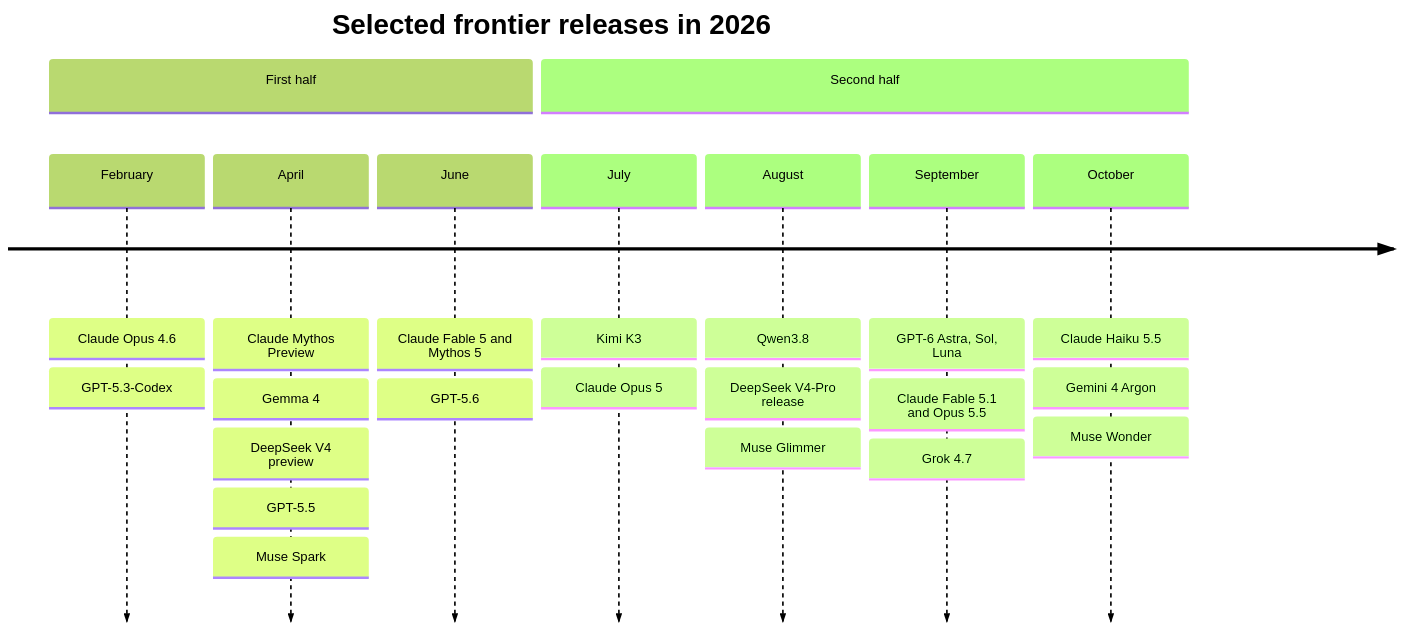
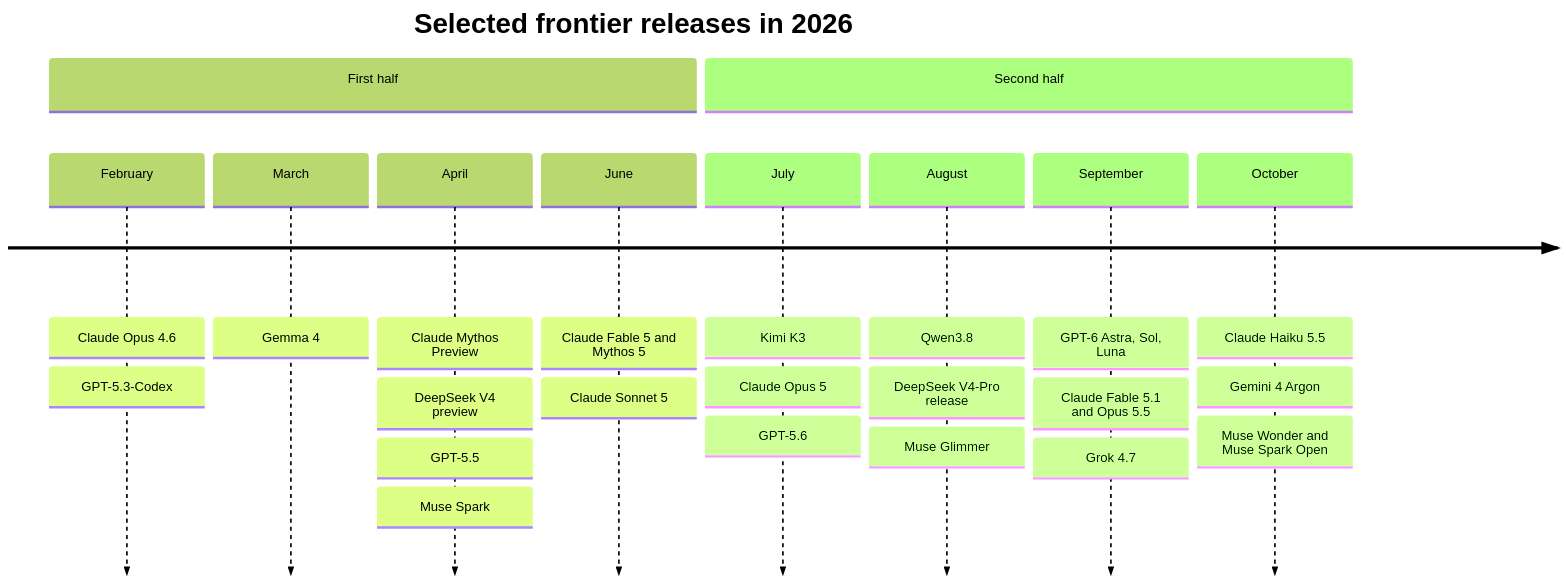
The fifth of 8 diagrams in ai-book/chapters/24-model-landscape-benchmarks.md (mcichael1-eng/Leash-Holder-2), drawn with Mermaid (forest theme) before and after one commit. The commit also changed other lines of this file and 71 other files, not shown here.

````diff
--- a/ai-book/chapters/24-model-landscape-benchmarks.md
+++ b/ai-book/chapters/24-model-landscape-benchmarks.md
@@ -557,13 +558,14 @@
 ```mermaid
 timeline
     title Selected frontier releases in 2026
     section First half
         February : Claude Opus 4.6 : GPT-5.3-Codex
-        April : Claude Mythos Preview : Gemma 4 : DeepSeek V4 preview : GPT-5.5 : Muse Spark
-        June : Claude Fable 5 and Mythos 5 : GPT-5.6
+        March : Gemma 4
+        April : Claude Mythos Preview : DeepSeek V4 preview : GPT-5.5 : Muse Spark
+        June : Claude Fable 5 and Mythos 5 : Claude Sonnet 5
     section Second half
-        July : Kimi K3 : Claude Opus 5
+        July : Kimi K3 : Claude Opus 5 : GPT-5.6
         August : Qwen3.8 : DeepSeek V4-Pro release : Muse Glimmer
         September : GPT-6 Astra, Sol, Luna : Claude Fable 5.1 and Opus 5.5 : Grok 4.7
-        October : Claude Haiku 5.5 : Gemini 4 Argon : Muse Wonder
+        October : Claude Haiku 5.5 : Gemini 4 Argon : Muse Wonder and Muse Spark Open
 ```
````
